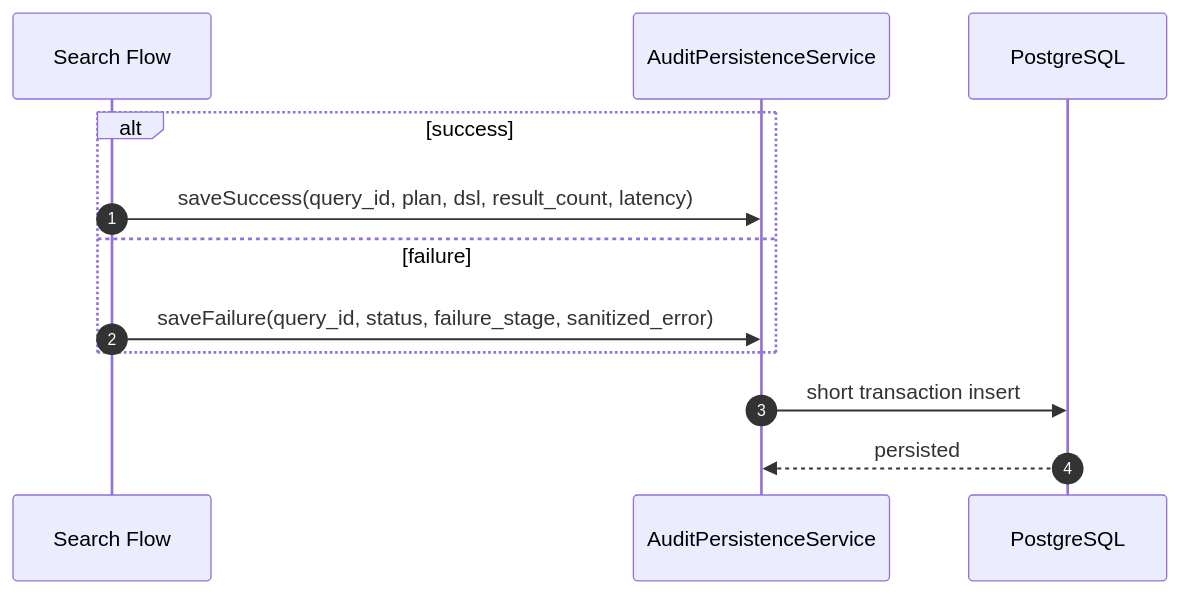
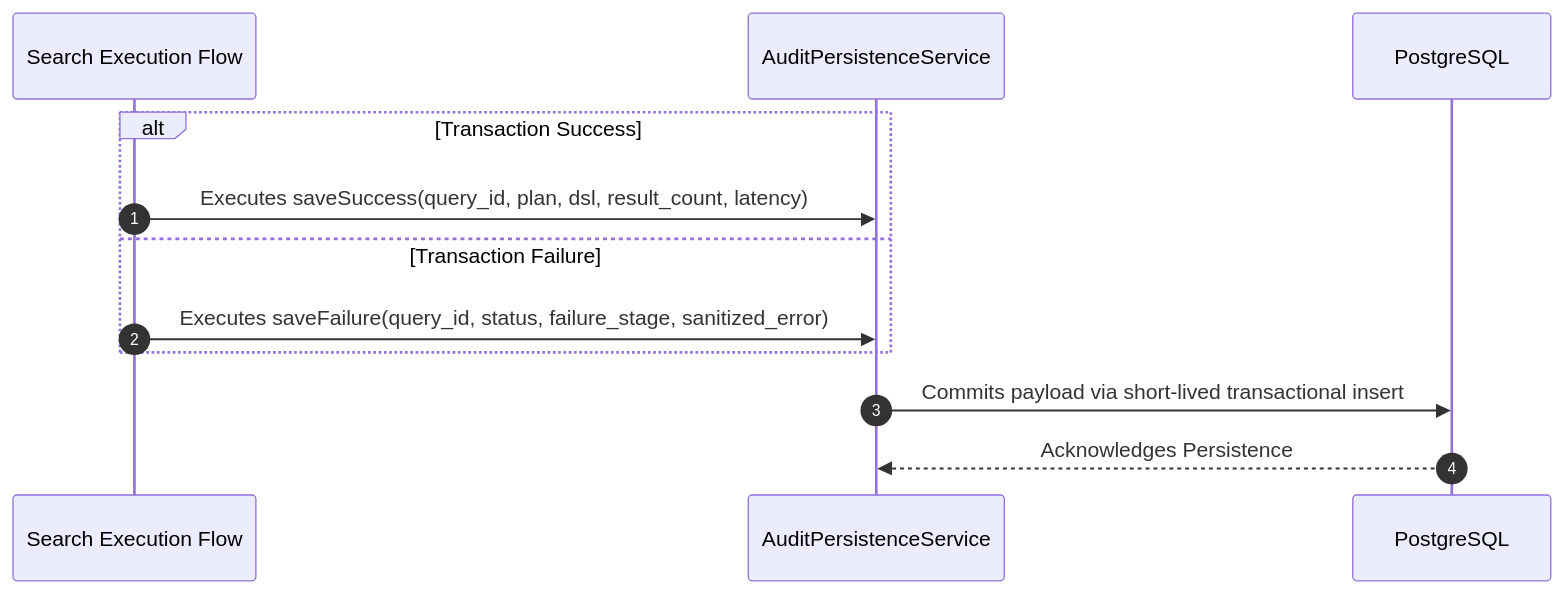
Before and after one commit to PhamVanMinhBinhThuan/soc-ai-search: the eighth of 9 diagrams in docs/sequence-flow.md, drawn with Mermaid. The commit also changed other lines of this file and 7 other files, not shown here.

````diff
--- a/docs/sequence-flow.md
+++ b/docs/sequence-flow.md
@@ -272,16 +294,16 @@
 ```mermaid
 sequenceDiagram
     autonumber
-    participant Search as Search Flow
+    participant Search as Search Execution Flow
     participant Audit as AuditPersistenceService
     participant PG as PostgreSQL
 
-    alt success
-        Search->>Audit: saveSuccess(query_id, plan, dsl, result_count, latency)
-    else failure
-        Search->>Audit: saveFailure(query_id, status, failure_stage, sanitized_error)
+    alt Transaction Success
+        Search->>Audit: Executes saveSuccess(query_id, plan, dsl, result_count, latency)
+    else Transaction Failure
+        Search->>Audit: Executes saveFailure(query_id, status, failure_stage, sanitized_error)
     end
 
-    Audit->>PG: short transaction insert
-    PG-->>Audit: persisted
+    Audit->>PG: Commits payload via short-lived transactional insert
+    PG-->>Audit: Acknowledges Persistence
 ```
````
